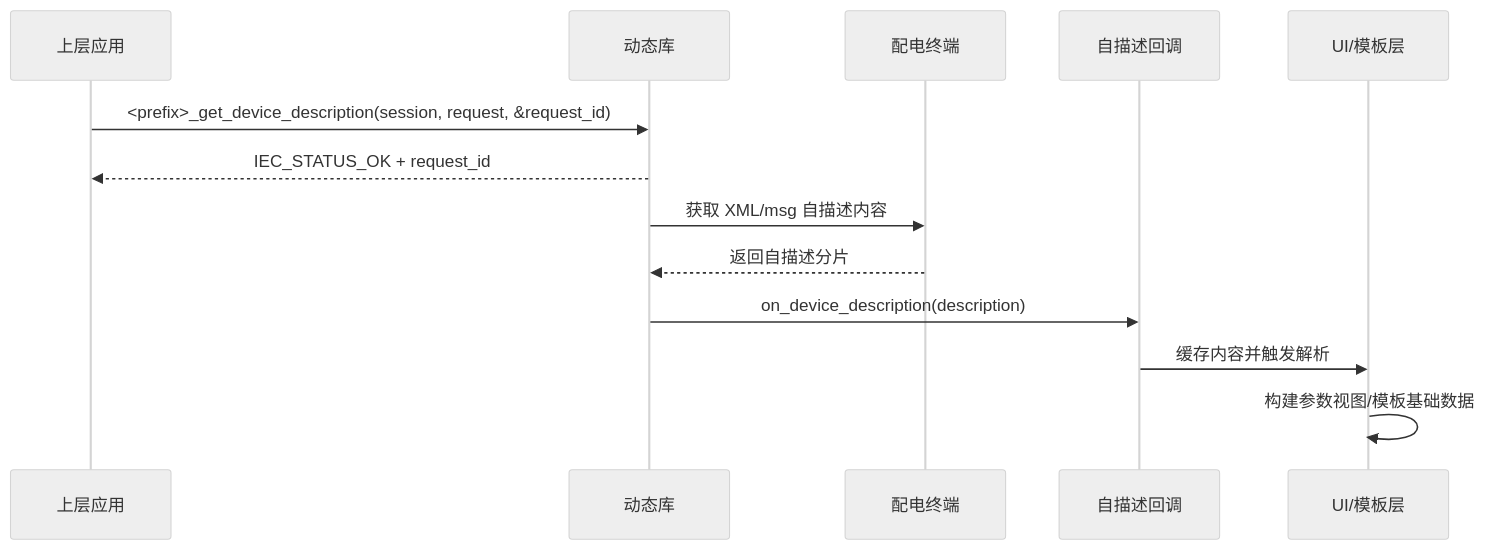
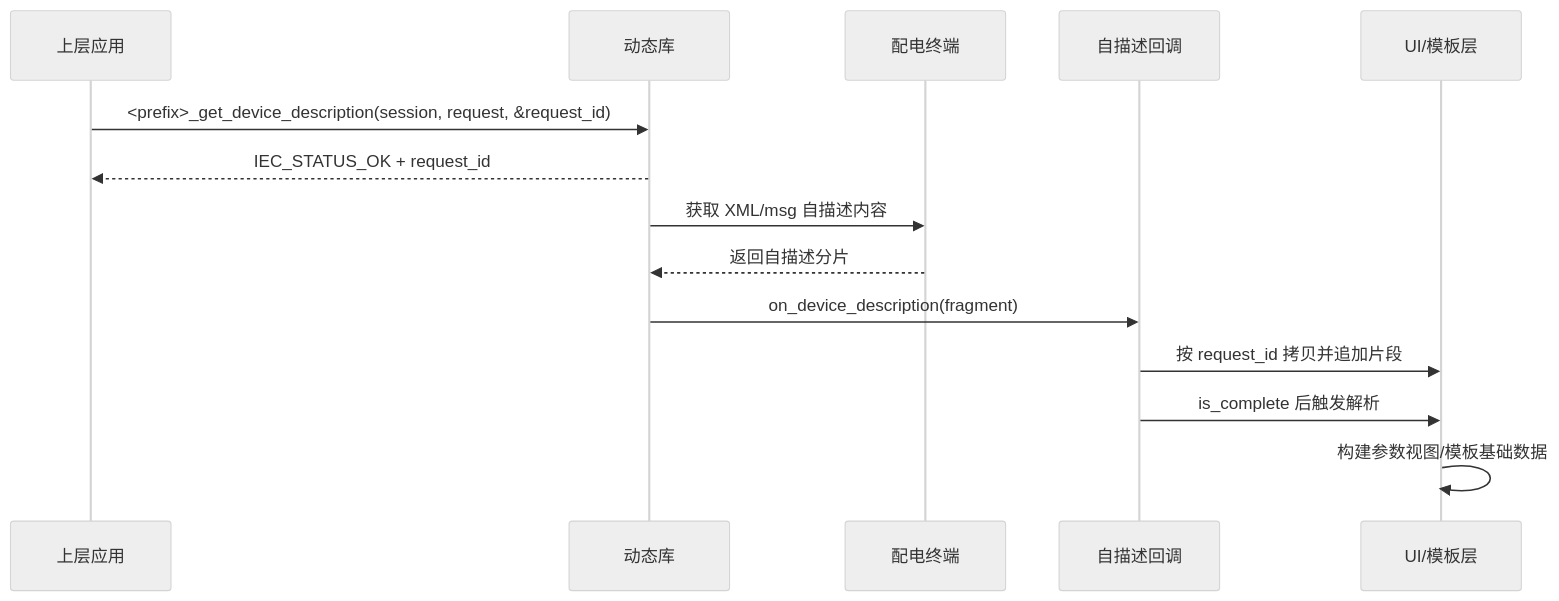
The ninth of 20 diagrams in doc/api/gw_protocol_sdk_api_design.md (CcooLcyy/gw-protocol-sdk), drawn with Mermaid (neutral theme) before and after one commit. The commit also changed other lines of this file and 3 other files, not shown here.

````diff
--- a/doc/api/gw_protocol_sdk_api_design.md
+++ b/doc/api/gw_protocol_sdk_api_design.md
@@ -2248,16 +2276,17 @@
 ```mermaid
 sequenceDiagram
     participant 应用 as 上层应用
     participant 库 as 动态库
     participant 终端 as 配电终端
     participant 回调 as 自描述回调
     participant 业务 as UI/模板层
 
     应用->>库: <prefix>_get_device_description(session, request, &request_id)
     库-->>应用: IEC_STATUS_OK + request_id
     库->>终端: 获取 XML/msg 自描述内容
     终端-->>库: 返回自描述分片
-    库->>回调: on_device_description(description)
-    回调->>业务: 缓存内容并触发解析
+    库->>回调: on_device_description(fragment)
+    回调->>业务: 按 request_id 拷贝并追加片段
+    回调->>业务: is_complete 后触发解析
     业务->>业务: 构建参数视图/模板基础数据
 ```
````
